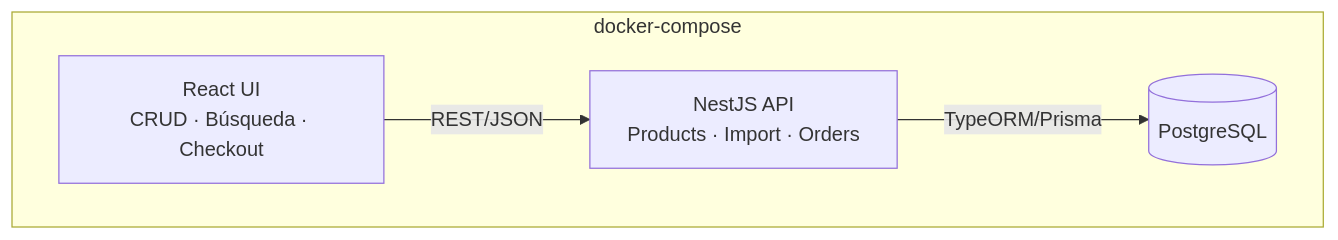
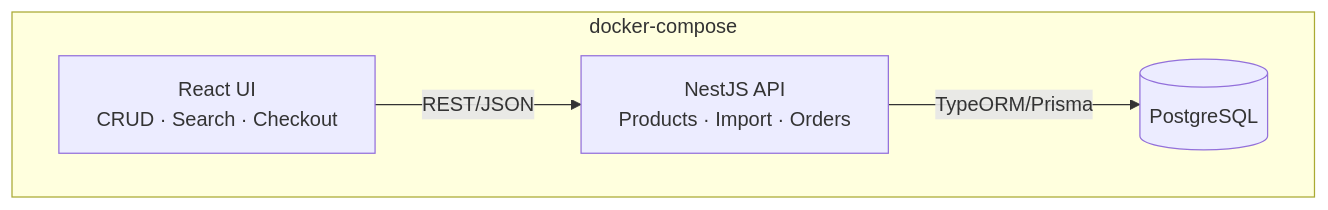
The first of 7 diagrams in docs/initial.md (alejandrogalaz21/e-comerce), drawn with Mermaid before and after one commit. The commit also changed other lines of this file and 1 other file, not shown here.

````diff
--- a/docs/initial.md
+++ b/docs/initial.md
@@ -149,10 +152,10 @@
 ```mermaid
 flowchart TB
     subgraph Docker["docker-compose"]
-        FE["React UI<br/>CRUD · Búsqueda · Checkout"]
+        FE["React UI<br/>CRUD · Search · Checkout"]
         BE["NestJS API<br/>Products · Import · Orders"]
         DB[("PostgreSQL")]
     end
     FE -- "REST/JSON" --> BE
     BE -- "TypeORM/Prisma" --> DB
 ```
````
